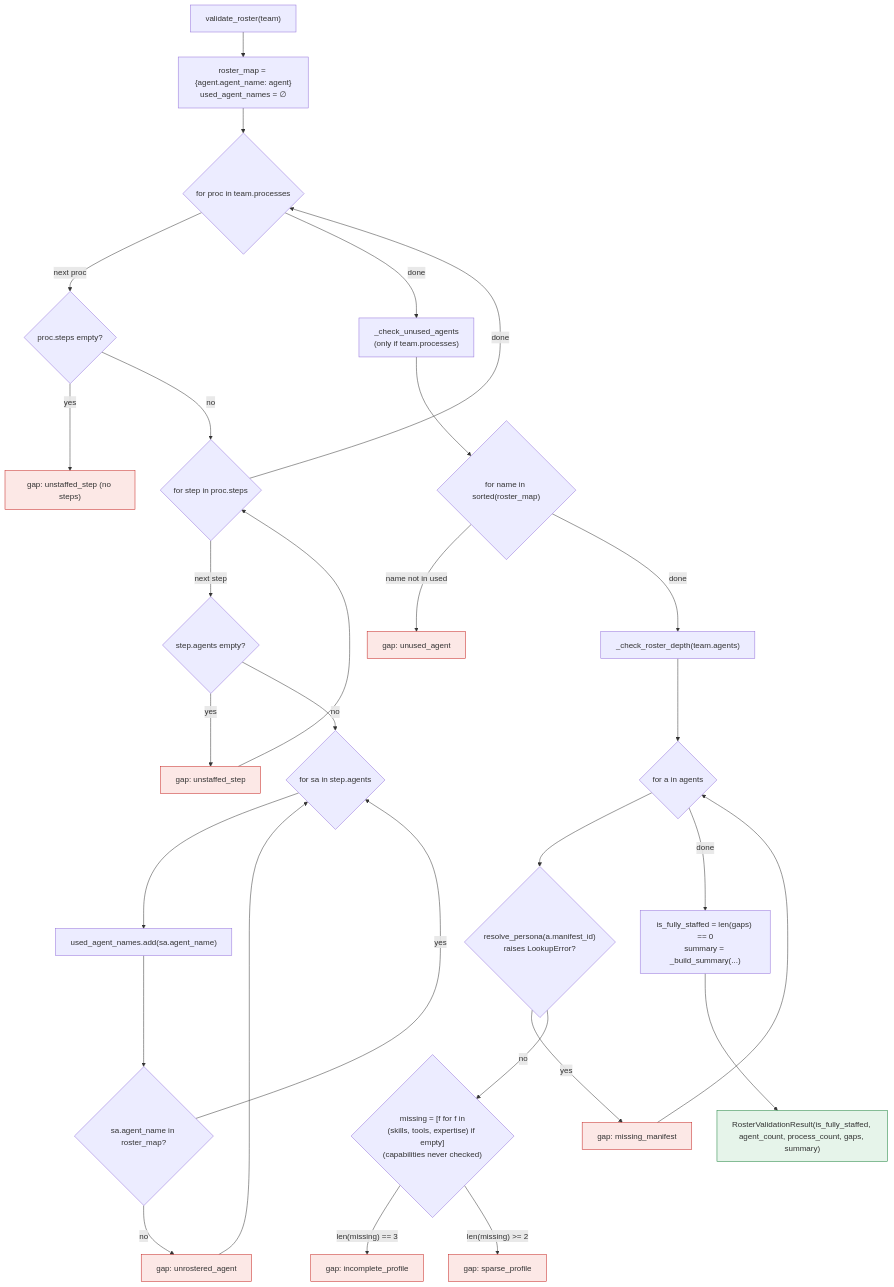
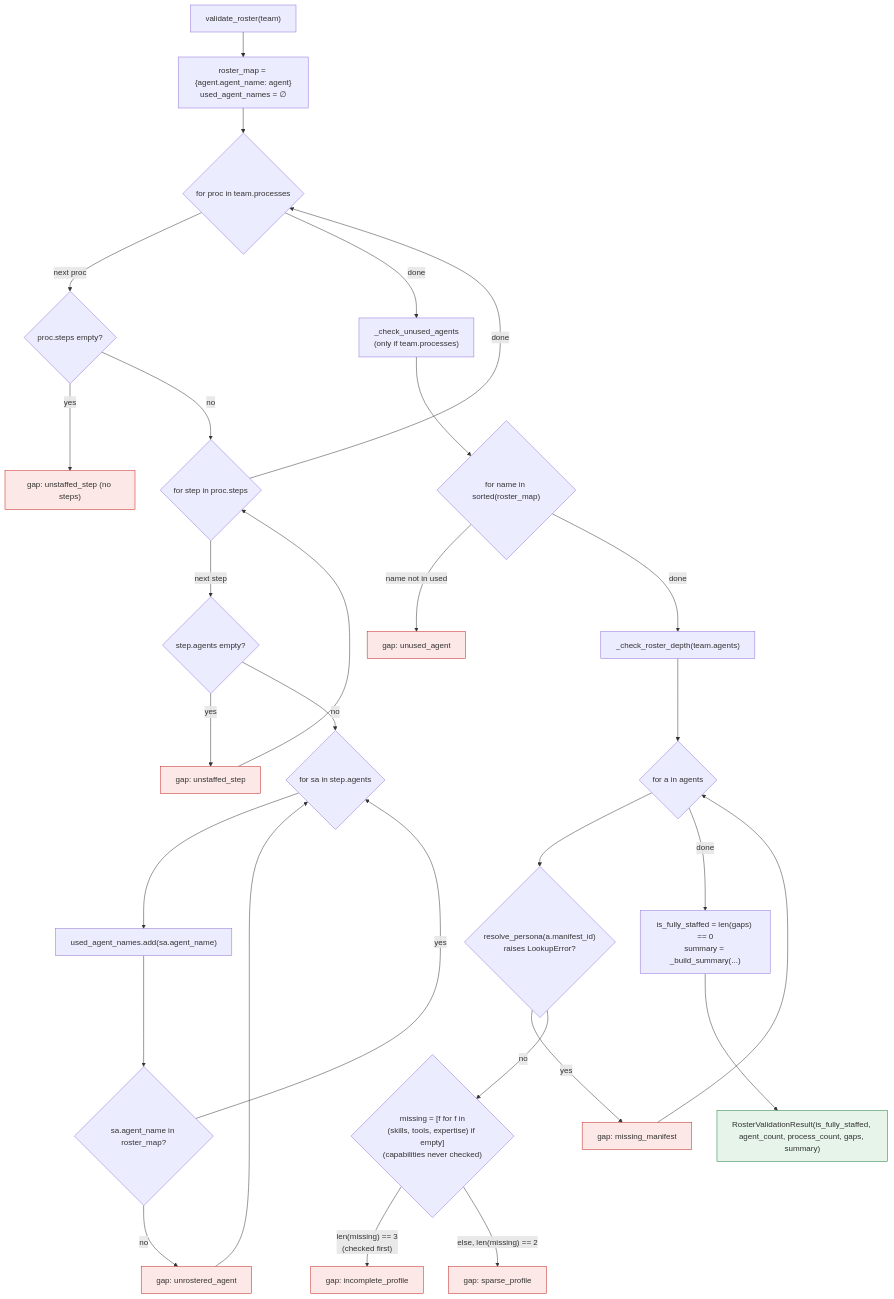
Before and after one commit to brandonkindred/Khala-Agentic-AI-Teams: the fifth of 8 diagrams in backend/agents/agent_team_studio/agentic_team_provisioning/system_design/flow_charts.md, drawn with Mermaid. The commit also changed 1 other file, not shown here.

Commit message:
Fix ambiguous roster-gap branch labels and worker bootstrap name mismatch
Two more review findings on #5923:
- flow_charts.md's roster-validation flowchart had overlapping decision
  labels (len(missing) == 3 and >= 2 both true for 3 missing fields);
  the elif in roster_validation.py means the sparse_profile branch is
  only ever reached at exactly 2, so labeled it accordingly.
- system_design.md's runtime-mode decision tree named the Temporal
  bootstrap step after shared.temporal.start_team_worker, contradicting
  the module diagram and key-files table, which correctly name the real
  entry point (temporal/worker.py's
  start_agentic_team_provisioning_temporal_worker_thread, which wraps
  start_team_worker internally). Made the flowchart consistent with them.

Claude-Session: https://claude.ai/code/session_01MQmihjQsEbYmKEfo5ZAB8V

````diff
--- a/backend/agents/agent_team_studio/agentic_team_provisioning/system_design/flow_charts.md
+++ b/backend/agents/agent_team_studio/agentic_team_provisioning/system_design/flow_charts.md
@@ -133,37 +133,37 @@
 ```mermaid
 flowchart TD
     Start["validate_roster(team)"]
     Start --> BuildMap["roster_map = {agent.agent_name: agent}<br/>used_agent_names = ∅"]
     BuildMap --> LoopP{"for proc in team.processes"}
     LoopP -->|next proc| CheckSteps{"proc.steps empty?"}
     CheckSteps -->|yes| GapUnstaffed1["gap: unstaffed_step (no steps)"]
     CheckSteps -->|no| LoopS{"for step in proc.steps"}
     LoopS -->|next step| StepAgents{"step.agents empty?"}
     StepAgents -->|yes| GapUnstaffed2["gap: unstaffed_step"]
     StepAgents -->|no| LoopSA{"for sa in step.agents"}
     LoopSA --> AddUsed["used_agent_names.add(sa.agent_name)"]
     AddUsed --> InRoster{"sa.agent_name in roster_map?"}
     InRoster -->|no| GapUnrostered["gap: unrostered_agent"]
     InRoster -->|yes| LoopSA
     GapUnrostered --> LoopSA
     GapUnstaffed2 --> LoopS
     LoopS -->|done| LoopP
     LoopP -->|done| UnusedCheck["_check_unused_agents<br/>(only if team.processes)"]
     UnusedCheck --> LoopUnused{"for name in sorted(roster_map)"}
     LoopUnused -->|name not in used| GapUnused["gap: unused_agent"]
     LoopUnused -->|done| DepthCheck["_check_roster_depth(team.agents)"]
     DepthCheck --> LoopDepth{"for a in agents"}
     LoopDepth --> ResolvePersona{"resolve_persona(a.manifest_id)<br/>raises LookupError?"}
     ResolvePersona -->|yes| GapMissingManifest["gap: missing_manifest"]
     ResolvePersona -->|no| CountMissing{"missing = [f for f in<br/>(skills, tools, expertise) if empty]<br/>(capabilities never checked)"}
-    CountMissing -->|"len(missing) == 3"| GapIncomplete["gap: incomplete_profile"]
-    CountMissing -->|"len(missing) >= 2"| GapSparse["gap: sparse_profile"]
+    CountMissing -->|"len(missing) == 3<br/>(checked first)"| GapIncomplete["gap: incomplete_profile"]
+    CountMissing -->|"else, len(missing) == 2"| GapSparse["gap: sparse_profile"]
     GapMissingManifest --> LoopDepth
     LoopDepth -->|done| Aggregate["is_fully_staffed = len(gaps) == 0<br/>summary = _build_summary(...)"]
     Aggregate --> Result["RosterValidationResult(is_fully_staffed, agent_count, process_count, gaps, summary)"]
 
     classDef good fill:#e6f4ea,stroke:#188038
     classDef bad fill:#fce8e6,stroke:#c5221f
     class Result good
     class GapUnstaffed1,GapUnstaffed2,GapUnrostered,GapUnused,GapMissingManifest,GapIncomplete,GapSparse bad
 ```
````
